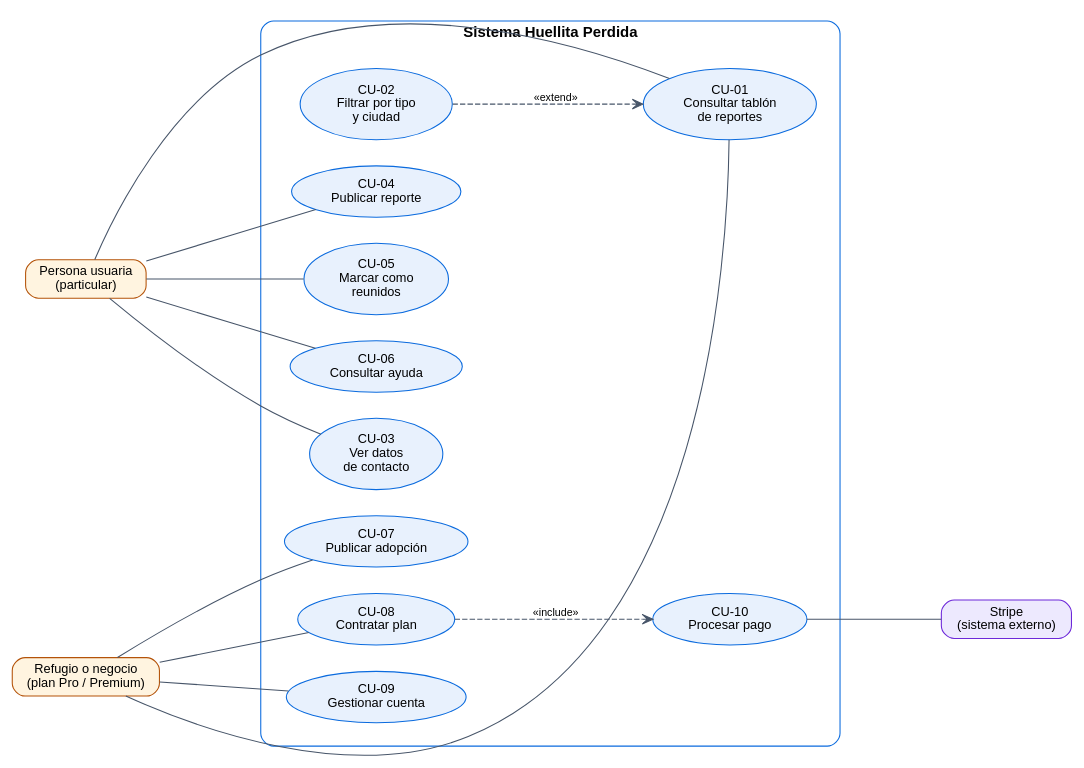
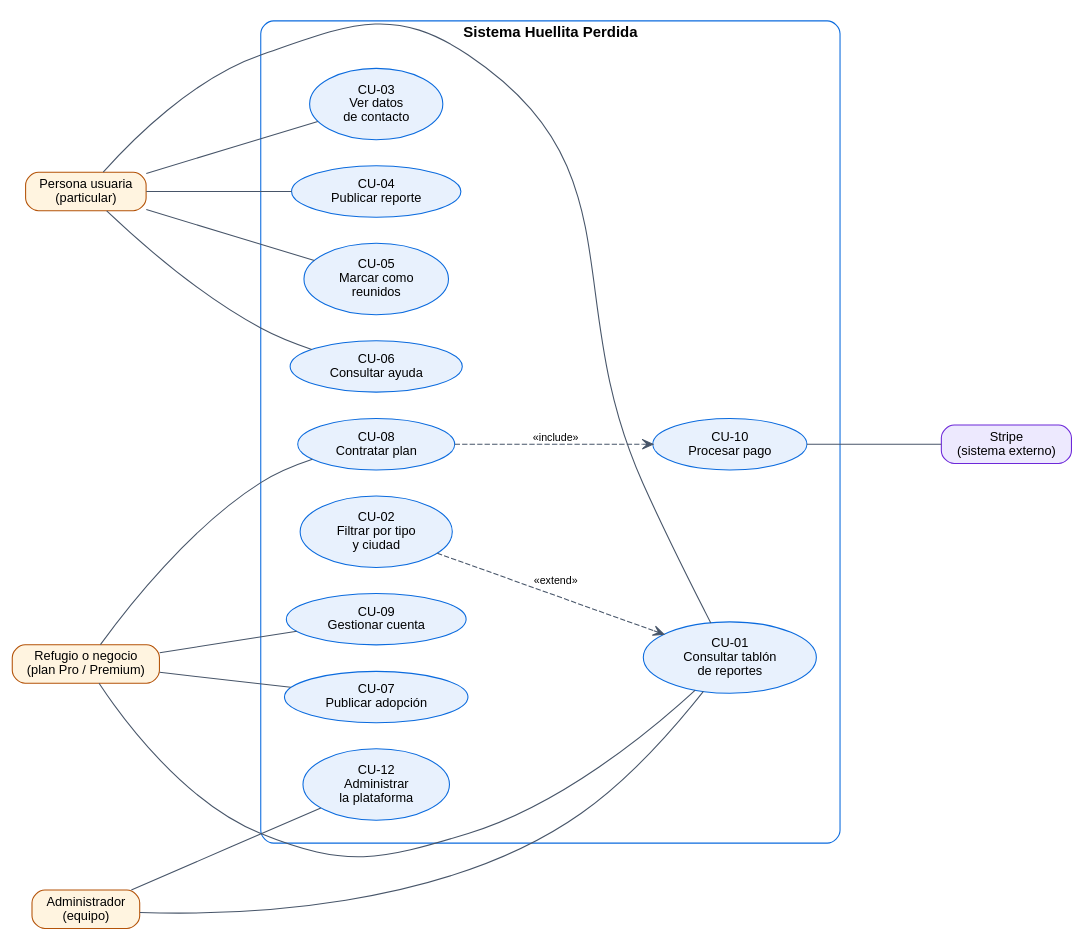
The diagram in docs/assets/diagramas/casos-uso.dot (PapiJoshh/Huellitas), drawn with Graphviz before and after one commit. The commit also changed 7 other files, not shown here.

```diff
--- a/docs/assets/diagramas/casos-uso.dot
+++ b/docs/assets/diagramas/casos-uso.dot
@@ -1,27 +1,30 @@
 digraph CU {
   rankdir=LR; splines=true; nodesep=0.35; ranksep=1.6; bgcolor=white;
   node [fontname="Helvetica", fontsize=12];
   edge [arrowhead=none, color="#475569"];
   subgraph cluster_sys { label="Sistema Huellita Perdida"; fontname="Helvetica-Bold"; fontsize=14; style="rounded"; color="#0B6BDE"; margin=22;
     node [shape=ellipse, style=filled, fillcolor="#E8F1FD", color="#0B6BDE"];
     cu1 [label="CU-01\nConsultar tablón\nde reportes"];
     cu2 [label="CU-02\nFiltrar por tipo\ny ciudad"];
     cu3 [label="CU-03\nVer datos\nde contacto"];
     cu4 [label="CU-04\nPublicar reporte"];
     cu5 [label="CU-05\nMarcar como\nreunidos"];
     cu6 [label="CU-06\nConsultar ayuda"];
     cu7 [label="CU-07\nPublicar adopción"];
     cu8 [label="CU-08\nContratar plan"];
     cu9 [label="CU-09\nGestionar cuenta"];
     cu10 [label="CU-10\nProcesar pago"];
+    cu12 [label="CU-12\nAdministrar\nla plataforma"];
   }
   v [shape=box, style=rounded, label="Persona usuaria\n(particular)", fillcolor="#FFF4E0", style="rounded,filled", color="#B45309"];
   n [shape=box, label="Refugio o negocio\n(plan Pro / Premium)", style="rounded,filled", fillcolor="#FFF4E0", color="#B45309"];
+  a [shape=box, label="Administrador\n(equipo)", style="rounded,filled", fillcolor="#FFF4E0", color="#B45309"];
   s [shape=box, label="Stripe\n(sistema externo)", style="rounded,filled", fillcolor="#EDE9FE", color="#6D28D9"];
   v -> cu1; v -> cu3; v -> cu4; v -> cu5; v -> cu6;
   n -> cu1; n -> cu7; n -> cu8; n -> cu9;
   cu2 -> cu1 [arrowhead=open, style=dashed, label="«extend»", fontsize=10, fontname="Helvetica"];
   cu8 -> cu10 [arrowhead=open, style=dashed, label="«include»", fontsize=10, fontname="Helvetica"];
   cu10 -> s;
-  {rank=same; v; n}
+  a -> cu12; a -> cu1;
+  {rank=same; v; n; a}
 }
```
